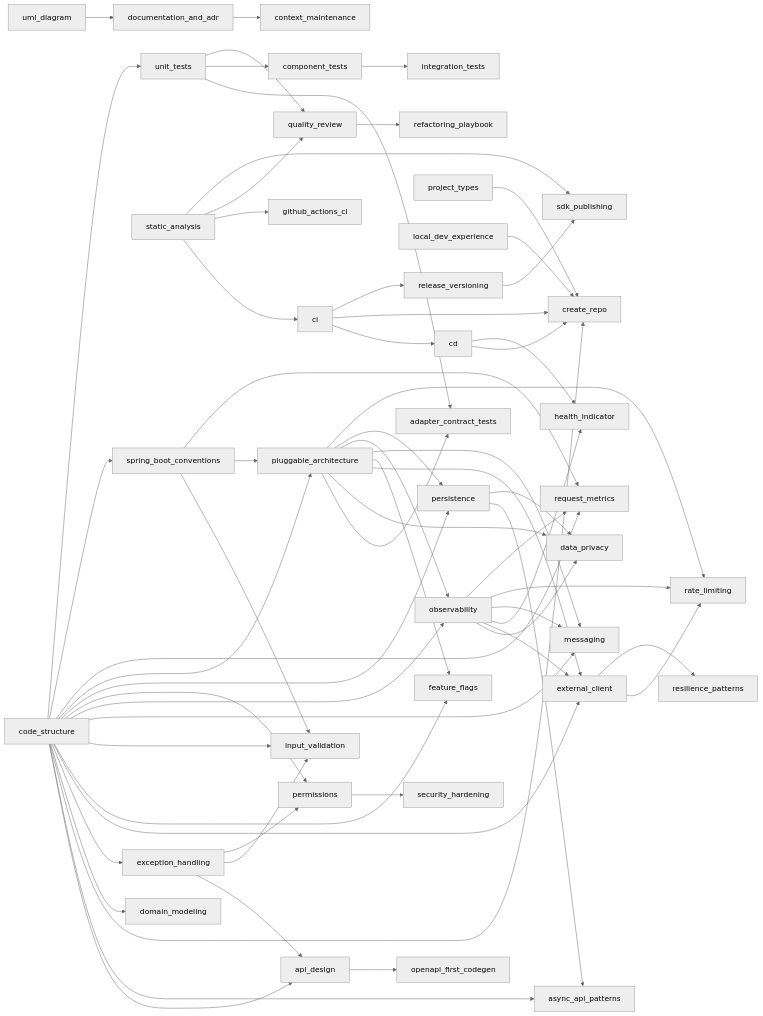
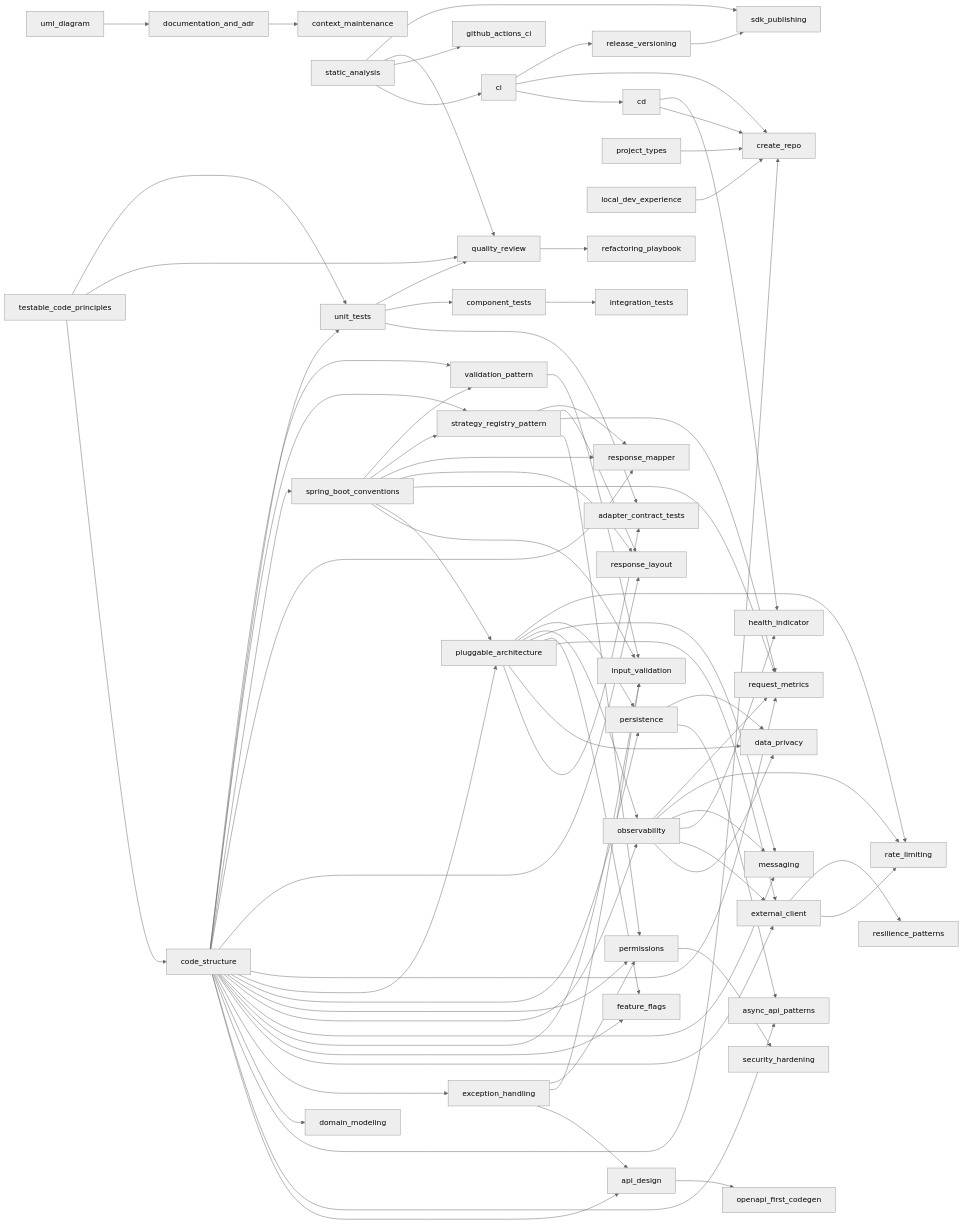
The diagram in copilot/public/skills/BACKEND_GUILD.md (oriddd/ai-toolkit), drawn with Mermaid (neutral theme) before and after one commit. The commit also changed other lines of this file and 32 other files, not shown here.

Commit message:
feat: add foundational skills for code-structure

````diff
--- a/copilot/public/skills/BACKEND_GUILD.md
+++ b/copilot/public/skills/BACKEND_GUILD.md
@@ -75,64 +78,80 @@
 ```mermaid
 graph LR
   pluggable_architecture --> adapter_contract_tests
   unit_tests --> adapter_contract_tests
   code_structure --> api_design
   exception_handling --> api_design
   code_structure --> async_api_patterns
   persistence --> async_api_patterns
   ci --> cd
   static_analysis --> ci
+  testable_code_principles --> code_structure
   unit_tests --> component_tests
   documentation_and_adr --> context_maintenance
   project_types --> create_repo
   code_structure --> create_repo
   ci --> create_repo
   cd --> create_repo
   local_dev_experience --> create_repo
   persistence --> data_privacy
   observability --> data_privacy
   pluggable_architecture --> data_privacy
   uml_diagram --> documentation_and_adr
   code_structure --> domain_modeling
   code_structure --> exception_handling
   code_structure --> external_client
   observability --> external_client
   pluggable_architecture --> external_client
   code_structure --> feature_flags
   pluggable_architecture --> feature_flags
   static_analysis --> github_actions_ci
   cd --> health_indicator
   observability --> health_indicator
   code_structure --> input_validation
   exception_handling --> input_validation
   spring_boot_conventions --> input_validation
+  validation_pattern --> input_validation
   component_tests --> integration_tests
   code_structure --> messaging
   observability --> messaging
   pluggable_architecture --> messaging
   code_structure --> observability
   pluggable_architecture --> observability
   api_design --> openapi_first_codegen
   code_structure --> permissions
   exception_handling --> permissions
+  strategy_registry_pattern --> permissions
   code_structure --> persistence
   pluggable_architecture --> persistence
   code_structure --> pluggable_architecture
   spring_boot_conventions --> pluggable_architecture
   unit_tests --> quality_review
   static_analysis --> quality_review
+  testable_code_principles --> quality_review
   observability --> rate_limiting
   external_client --> rate_limiting
   pluggable_architecture --> rate_limiting
   quality_review --> refactoring_playbook
   ci --> release_versioning
   code_structure --> request_metrics
   observability --> request_metrics
   spring_boot_conventions --> request_metrics
+  strategy_registry_pattern --> request_metrics
   external_client --> resilience_patterns
+  code_structure --> response_layout
+  spring_boot_conventions --> response_layout
+  strategy_registry_pattern --> response_layout
+  code_structure --> response_mapper
+  spring_boot_conventions --> response_mapper
+  strategy_registry_pattern --> response_mapper
   release_versioning --> sdk_publishing
   static_analysis --> sdk_publishing
   permissions --> security_hardening
   code_structure --> spring_boot_conventions
+  code_structure --> strategy_registry_pattern
+  spring_boot_conventions --> strategy_registry_pattern
   code_structure --> unit_tests
+  testable_code_principles --> unit_tests
+  code_structure --> validation_pattern
+  spring_boot_conventions --> validation_pattern
 ```
````
